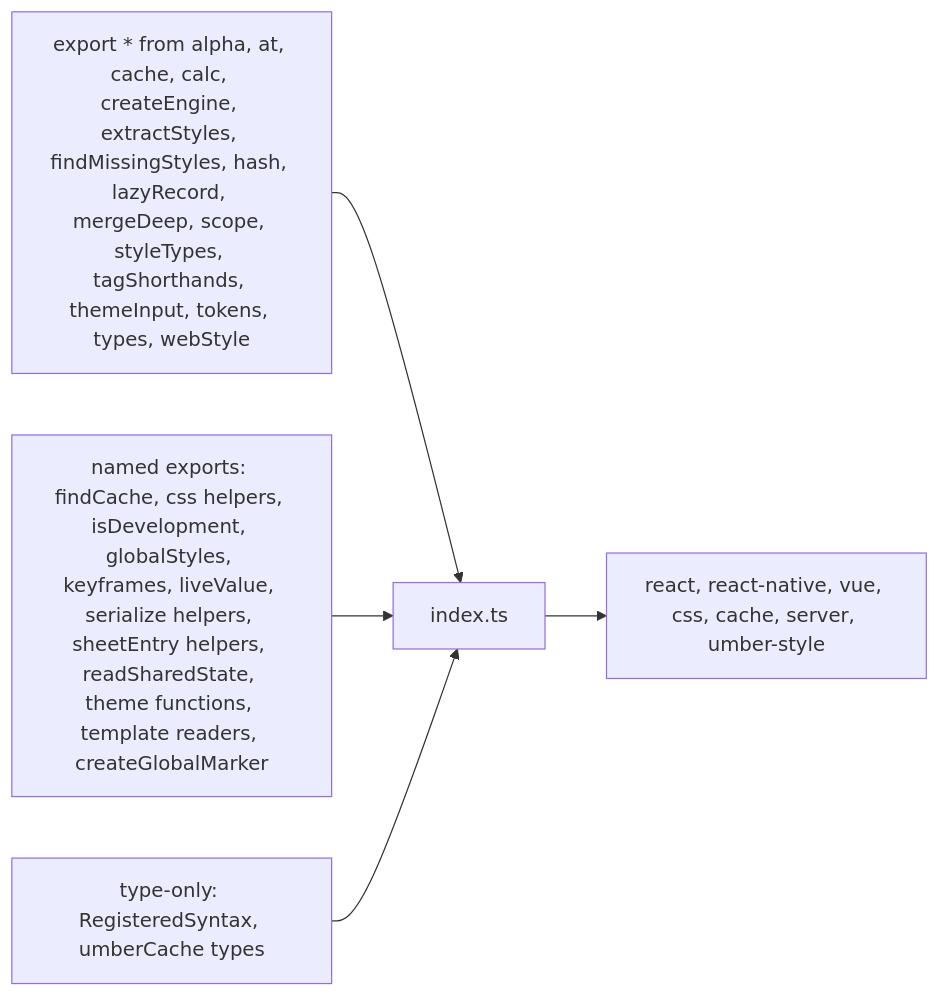
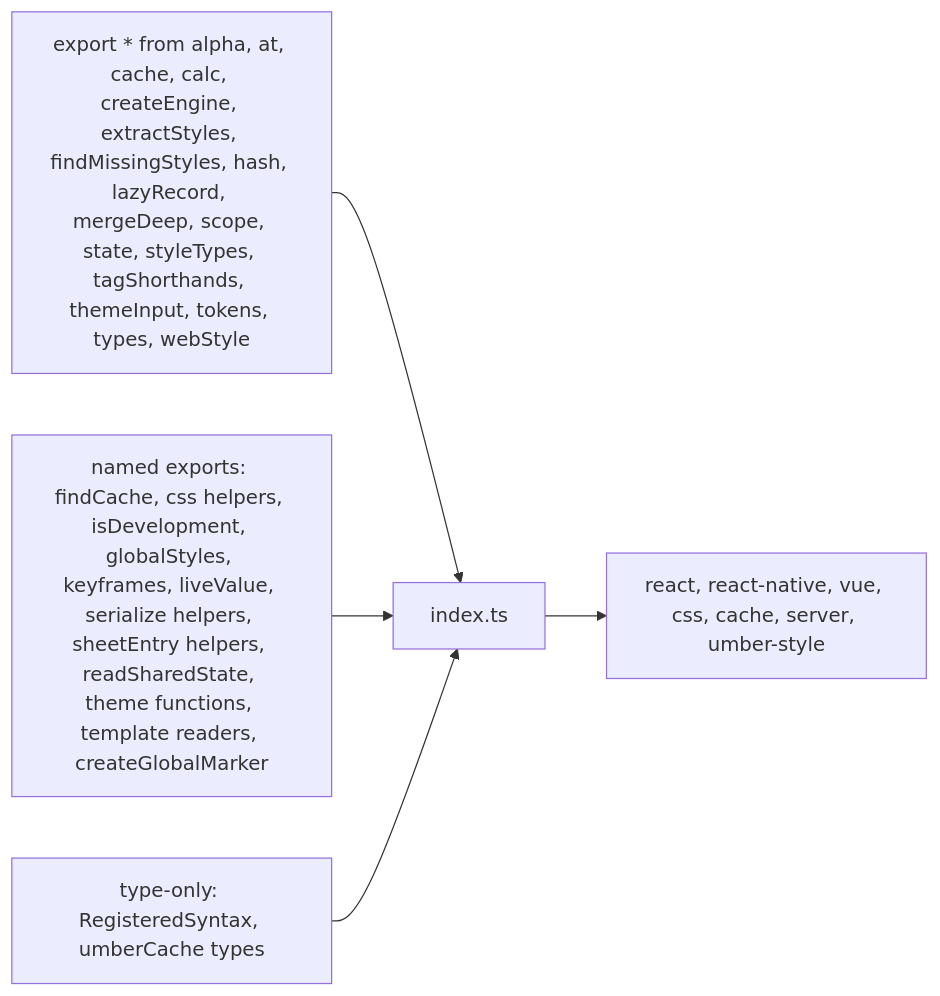
One commit to soroush-tech/umber-style changed the diagram in packages/core/src/index.md. Above: the diagram before and after it, drawn with Mermaid. The commit also changed other lines of this file and 80 other files, not shown here.

````diff
--- a/packages/core/src/index.md
+++ b/packages/core/src/index.md
@@ -19,10 +19,10 @@
 ```mermaid
 flowchart LR
-  whole["export * from alpha, at, cache, calc, createEngine, extractStyles, findMissingStyles, hash, lazyRecord, mergeDeep, scope, styleTypes, tagShorthands, themeInput, tokens, types, webStyle"]
+  whole["export * from alpha, at, cache, calc, createEngine, extractStyles, findMissingStyles, hash, lazyRecord, mergeDeep, scope, state, styleTypes, tagShorthands, themeInput, tokens, types, webStyle"]
   named["named exports: findCache, css helpers, isDevelopment, globalStyles, keyframes, liveValue, serialize helpers, sheetEntry helpers, readSharedState, theme functions, template readers, createGlobalMarker"]
   types["type-only: RegisteredSyntax, umberCache types"]
   whole --> entry["index.ts"]
   named --> entry
   types --> entry
   entry --> bindings["react, react-native, vue, css, cache, server, umber-style"]
 ```
````
